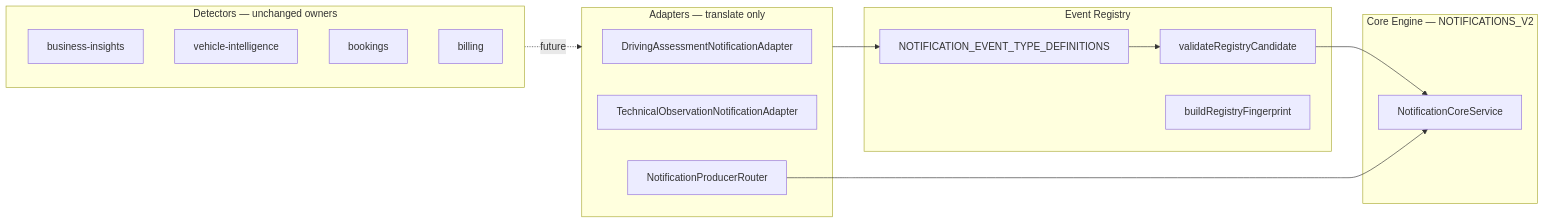
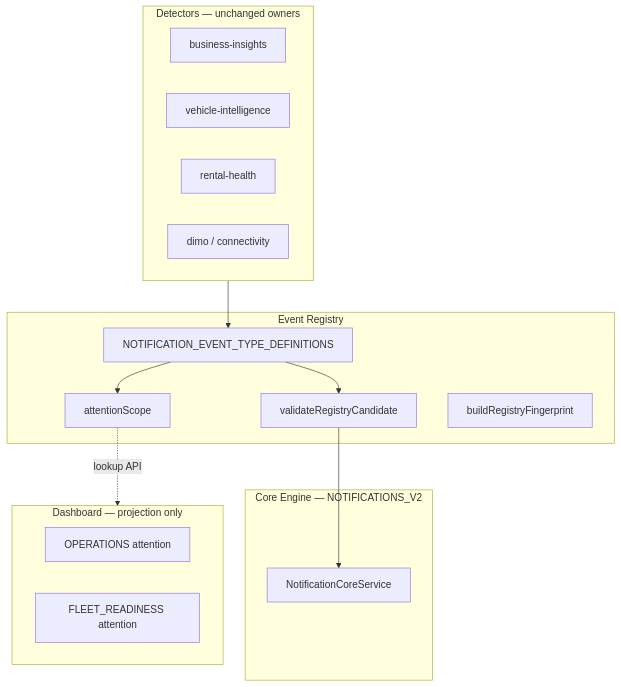
One commit to FATIHS-MGCKS/SYNQDRIVE-alpha changed the diagram in docs/notification-engine-event-registry.md. Above: the diagram before and after it, drawn with Mermaid. The commit also changed other lines of this file and 9 other files, not shown here.

First line of the commit message:
feat(notifications): canonical attentionScope routing foundation (P1.1) (#1066)

````diff
--- a/docs/notification-engine-event-registry.md
+++ b/docs/notification-engine-event-registry.md
@@ -8,30 +9,30 @@
 ```mermaid
-flowchart LR
+flowchart TD
   subgraph detectors [Detectors — unchanged owners]
     BI[business-insights]
     VI[vehicle-intelligence]
-    BK[bookings]
-    BL[billing]
+    RH[rental-health]
+    DIMO[dimo / connectivity]
   end
 
   subgraph registry [Event Registry]
     DEF[NOTIFICATION_EVENT_TYPE_DEFINITIONS]
+    AS[attentionScope]
     VAL[validateRegistryCandidate]
     FP[buildRegistryFingerprint]
-  end
-
-  subgraph adapters [Adapters — translate only]
-    DA[DrivingAssessmentNotificationAdapter]
-    TO[TechnicalObservationNotificationAdapter]
-    RT[NotificationProducerRouter]
   end
 
   subgraph core [Core Engine — NOTIFICATIONS_V2]
     CS[NotificationCoreService]
   end
 
-  detectors -.->|future| adapters
-  adapters --> DEF
+  subgraph dashboard [Dashboard — projection only]
+    OPS[OPERATIONS attention]
+    FR[FLEET_READINESS attention]
+  end
+
+  detectors --> DEF
+  DEF --> AS
   DEF --> VAL --> CS
-  RT --> CS
+  AS -.->|lookup API| dashboard
 ```
````
